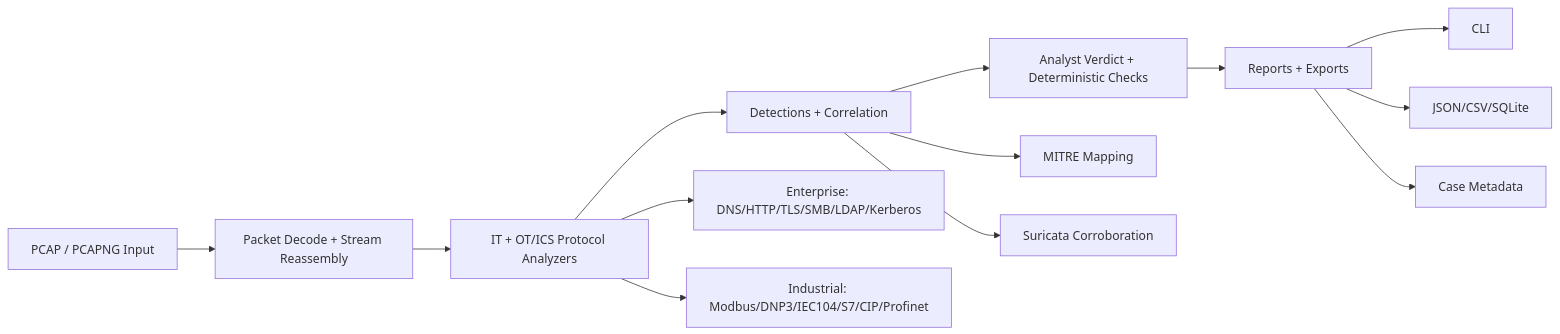
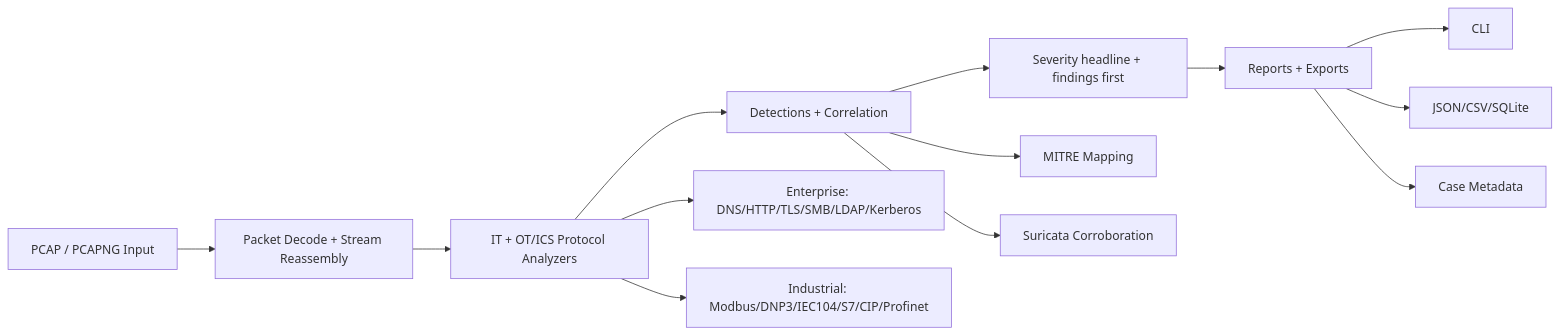
One commit to SackOfHacks/pcapper changed the diagram in README.md. Above: the diagram before and after it, drawn with Mermaid. The commit also changed other lines of this file and 240 other files, not shown here.

````diff
--- a/README.md
+++ b/README.md
@@ -108,16 +110,16 @@
 ```mermaid
 flowchart LR
   A[PCAP / PCAPNG Input] --> B[Packet Decode + Stream Reassembly]
   B --> C[IT + OT/ICS Protocol Analyzers]
   C --> D[Detections + Correlation]
-  D --> E[Analyst Verdict + Deterministic Checks]
+  D --> E[Severity headline + findings first]
   E --> F[Reports + Exports]
 
   C --> C1[Enterprise: DNS/HTTP/TLS/SMB/LDAP/Kerberos]
   C --> C2[Industrial: Modbus/DNP3/IEC104/S7/CIP/Profinet]
   D --> D1[MITRE Mapping]
   D --> D2[Suricata Corroboration]
   F --> F1[CLI]
   F --> F2[JSON/CSV/SQLite]
   F --> F3[Case Metadata]
 ```
````
